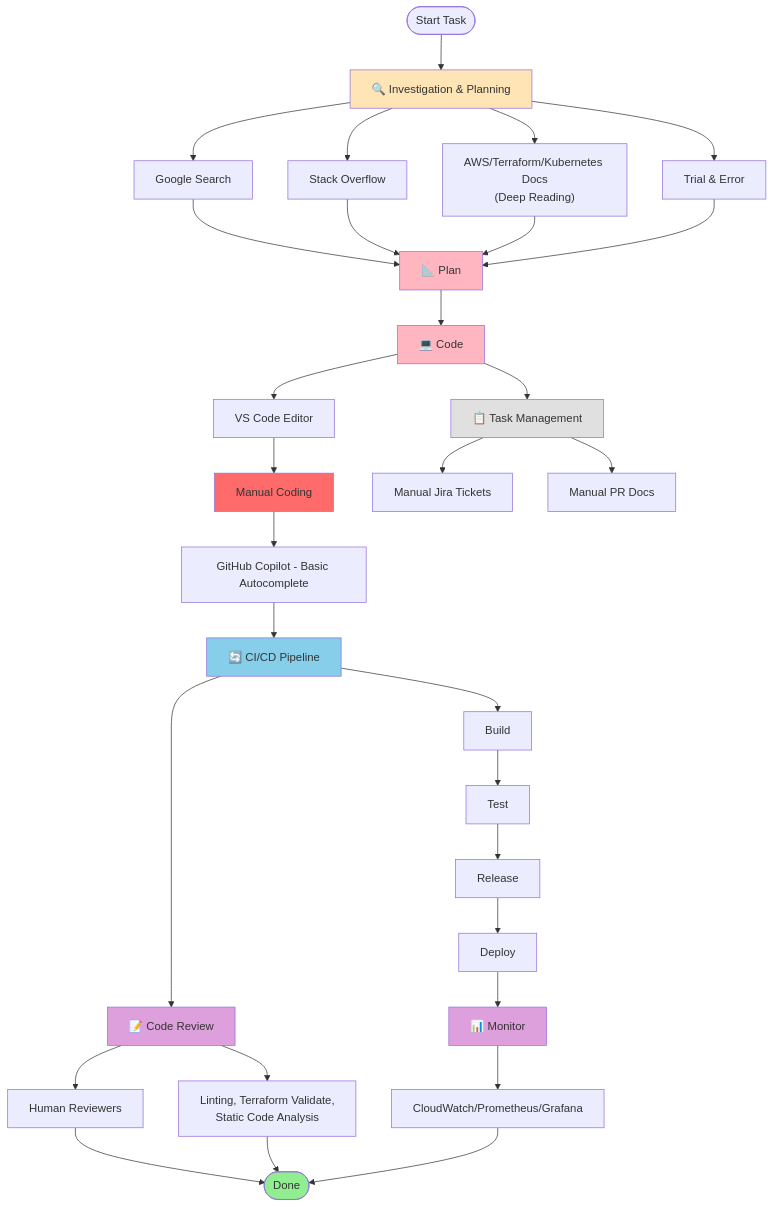
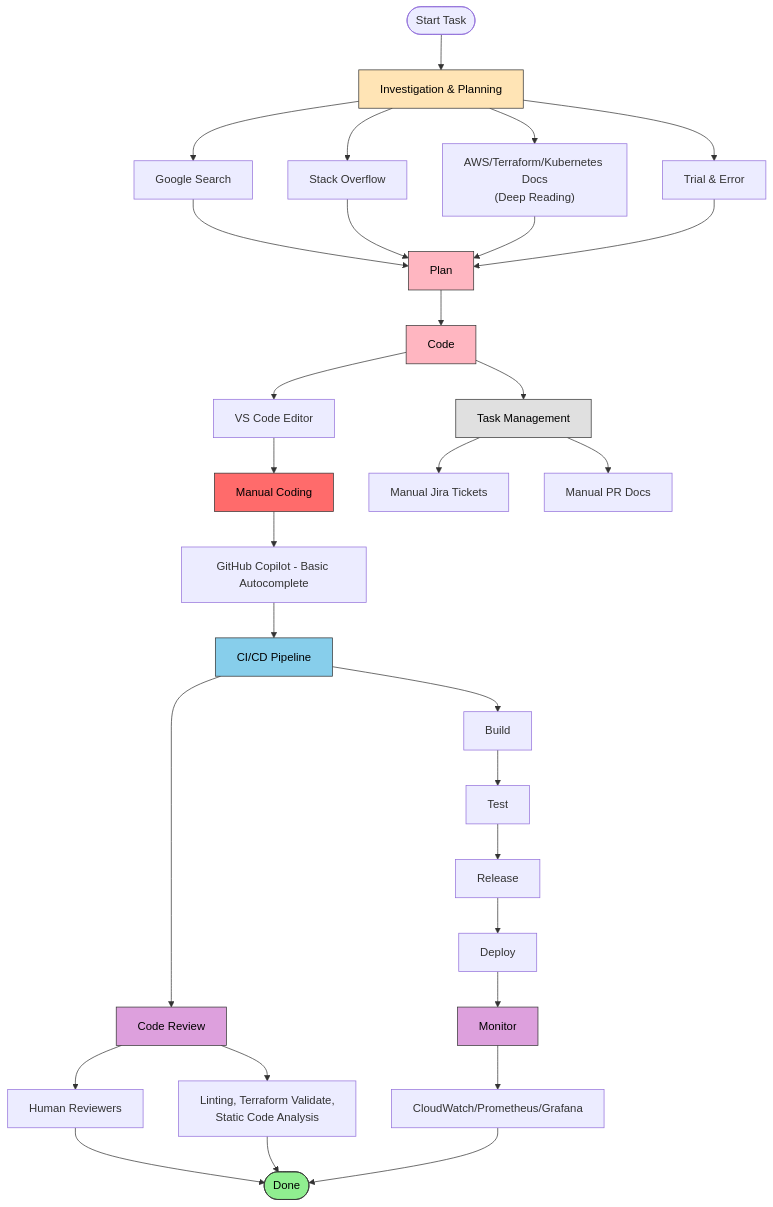
The first of 3 diagrams in content/posts/devops-workflow-evolution/index.md (carim07/carim-web), drawn with Mermaid before and after one commit. The commit also changed other lines of this file and 1 other file, not shown here.

Commit message:
Update AI Spanish post and fix diagrams

```diff
--- a/content/posts/devops-workflow-evolution/index.md
+++ b/content/posts/devops-workflow-evolution/index.md
@@ -38,49 +38,49 @@
 {{< mermaid >}}
 flowchart TD
-    Start([Start Task]) --> Investigate["🔍 Investigation & Planning"]
+    Start([Start Task]) --> Investigate["Investigation & Planning"]
     Investigate --> Google[Google Search]
     Investigate --> StackOverflow[Stack Overflow]
     Investigate --> Docs["AWS/Terraform/Kubernetes Docs<br/>(Deep Reading)"]
     Investigate --> Trial["Trial & Error"]
     
-    Google --> Plan["📐 Plan"]
+    Google --> Plan["Plan"]
     StackOverflow --> Plan
     Docs --> Plan
     Trial --> Plan
     
-    Plan --> Code["💻 Code"]
+    Plan --> Code["Code"]
     Code --> VSCode[VS Code Editor]
     VSCode --> Manual[Manual Coding]
     Manual --> Copilot["GitHub Copilot - Basic Autocomplete"]
     
-    Copilot --> CICD["🔄 CI/CD Pipeline"]
+    Copilot --> CICD["CI/CD Pipeline"]
     CICD --> Build["Build"]
     Build --> Test["Test"]
     Test --> Release["Release"]
     Release --> Deploy["Deploy"]
     
-    Deploy --> Monitor["📊 Monitor"]
+    Deploy --> Monitor["Monitor"]
     Monitor --> CloudWatch["CloudWatch/Prometheus/Grafana"]
     
-    Code --> Tasks["📋 Task Management"]
+    Code --> Tasks["Task Management"]
     Tasks --> ManualJira[Manual Jira Tickets]
     Tasks --> ManualDocs[Manual PR Docs]
     
-    CICD --> Review["📝 Code Review"]
+    CICD --> Review["Code Review"]
     Review --> HumanReview[Human Reviewers]
     Review --> AutomatedChecks["Linting, Terraform Validate,<br/>Static Code Analysis"]
     
     HumanReview --> Done([Done])
     AutomatedChecks --> Done
     CloudWatch --> Done
     
-    style Investigate fill:#FFE4B5
-    style Plan fill:#FFB6C1
-    style Code fill:#FFB6C1
-    style CICD fill:#87CEEB
-    style Monitor fill:#DDA0DD
-    style Tasks fill:#E0E0E0
-    style Review fill:#DDA0DD
-    style Manual fill:#FF6B6B
-    style Done fill:#90EE90
+    style Investigate fill:#FFE4B5,stroke:#333,color:#000
+    style Plan fill:#FFB6C1,stroke:#333,color:#000
+    style Code fill:#FFB6C1,stroke:#333,color:#000
+    style CICD fill:#87CEEB,stroke:#333,color:#000
+    style Monitor fill:#DDA0DD,stroke:#333,color:#000
+    style Tasks fill:#E0E0E0,stroke:#333,color:#000
+    style Review fill:#DDA0DD,stroke:#333,color:#000
+    style Manual fill:#FF6B6B,stroke:#333,color:#000
+    style Done fill:#90EE90,stroke:#333,color:#000
 {{< /mermaid >}}
```
